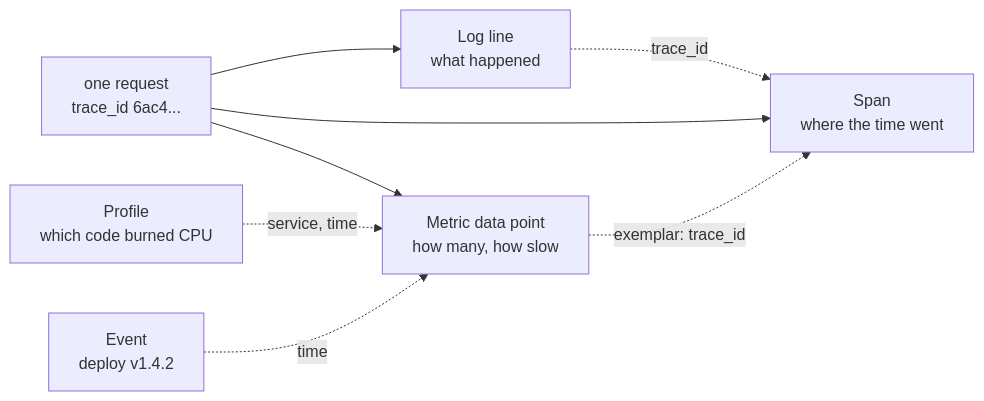
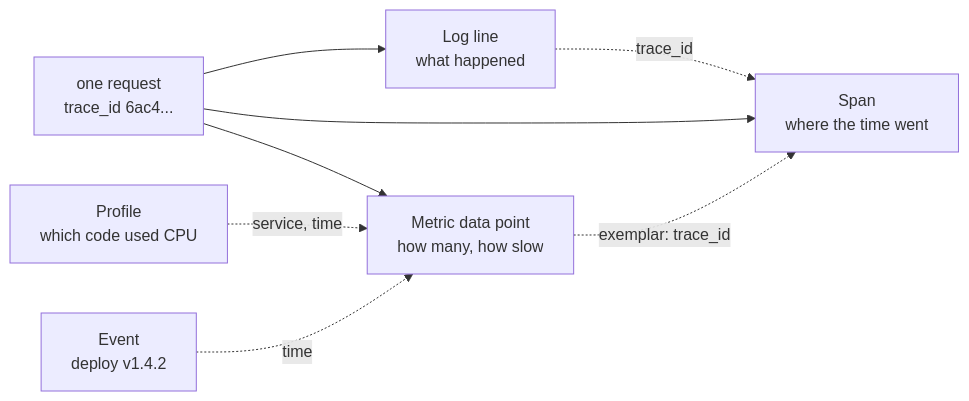
Before and after one commit to johankees/software-engineering-tutor: the first of 3 diagrams in docs/observability/signals.md, drawn with Mermaid. The commit also changed other lines of this file and 118 other files, not shown here.

````diff
--- a/docs/observability/signals.md
+++ b/docs/observability/signals.md
@@ -27,10 +27,10 @@
 ```mermaid
 flowchart LR
     REQ["one request<br/>trace_id 6ac4..."] --> L["Log line<br/>what happened"]
     REQ --> S["Span<br/>where the time went"]
     REQ --> M["Metric data point<br/>how many, how slow"]
     M -.->|exemplar: trace_id| S
     L -.->|trace_id| S
-    P["Profile<br/>which code burned CPU"] -.->|service, time| M
+    P["Profile<br/>which code used CPU"] -.->|service, time| M
     E["Event<br/>deploy v1.4.2"] -.->|time| M
 ```
````
